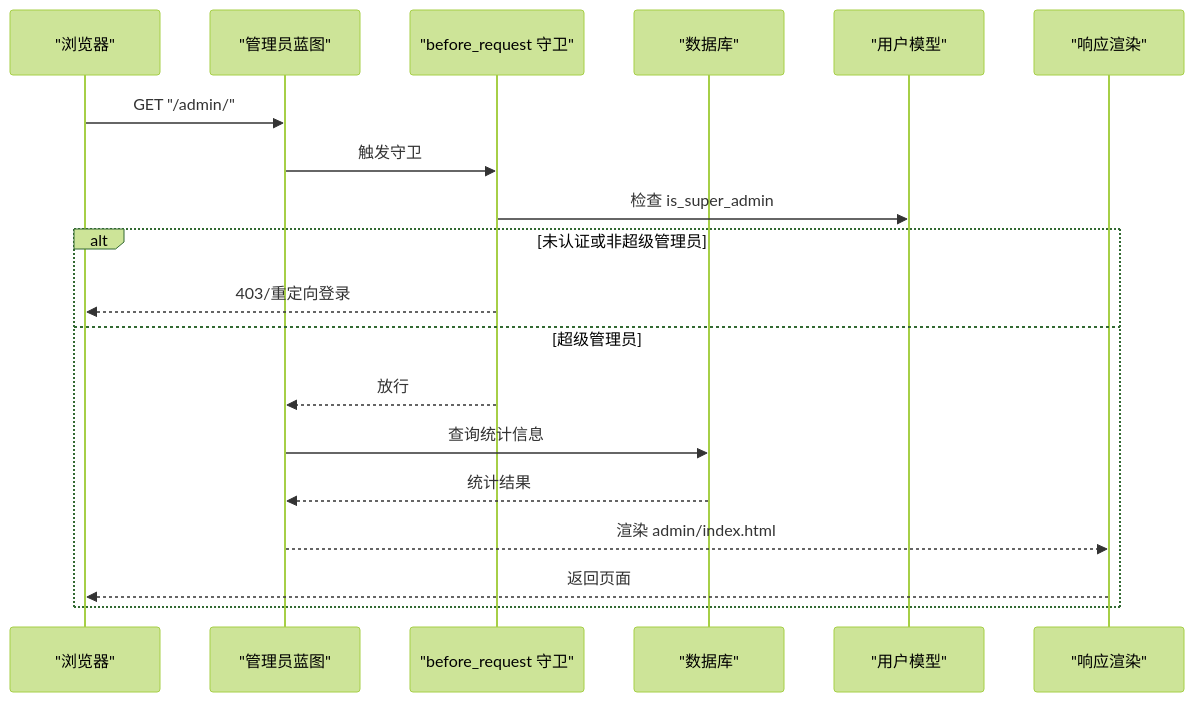
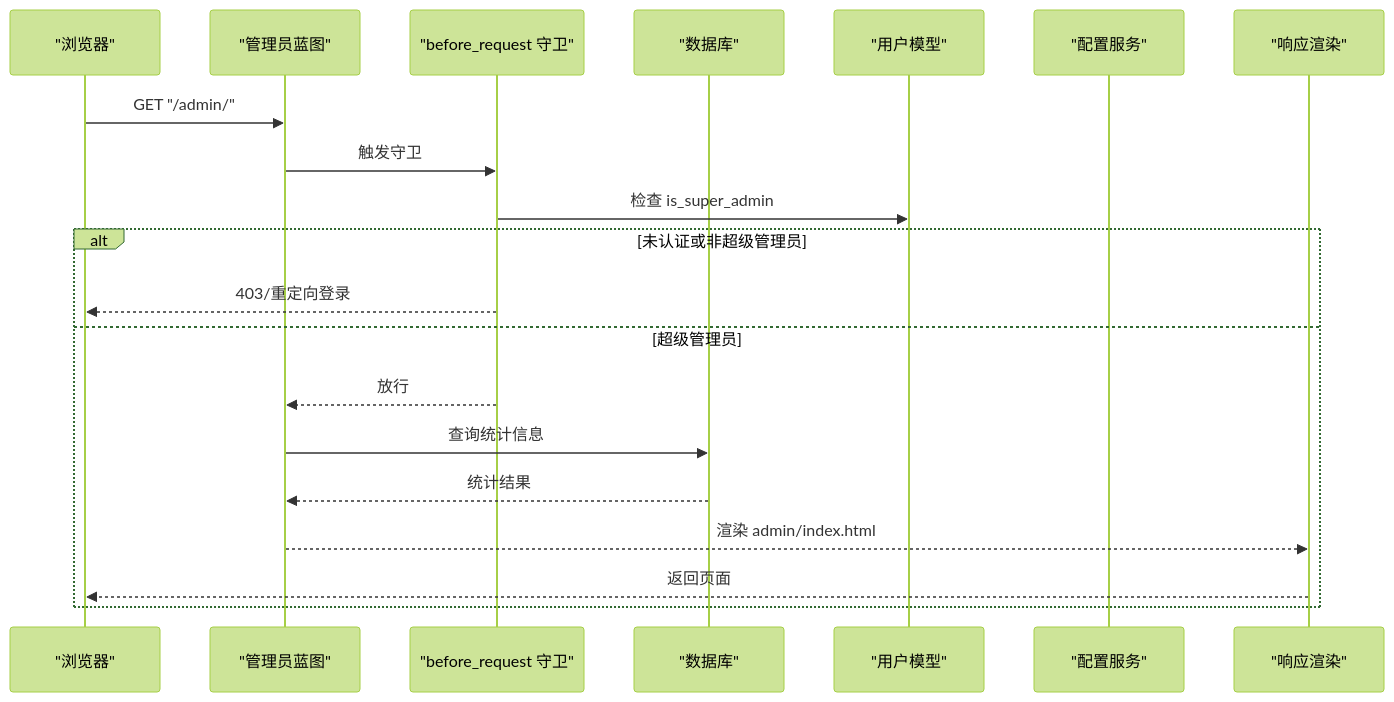
Before and after one commit to beyondalbert/my_wiki: the second of 9 diagrams in .qoder/repowiki/zh/content/架构设计/蓝图系统设计/管理员蓝图 (Admin Blueprint).md, drawn with Mermaid (forest theme). The commit also changed other lines of this file and 5 other files, not shown here.

````diff
--- a/.qoder/repowiki/zh/content/架构设计/蓝图系统设计/管理员蓝图 (Admin Blueprint).md
+++ b/.qoder/repowiki/zh/content/架构设计/蓝图系统设计/管理员蓝图 (Admin Blueprint).md
@@ -147,21 +165,22 @@
 ```mermaid
 sequenceDiagram
 participant Client as "浏览器"
 participant AdminBP as "管理员蓝图"
 participant Guard as "before_request 守卫"
 participant DB as "数据库"
 participant UserM as "用户模型"
+participant ConfigS as "配置服务"
 participant Resp as "响应渲染"
 Client->>AdminBP : GET "/admin/"
 AdminBP->>Guard : 触发守卫
 Guard->>UserM : 检查 is_super_admin
 alt 未认证或非超级管理员
 Guard-->>Client : 403/重定向登录
 else 超级管理员
 Guard-->>AdminBP : 放行
 AdminBP->>DB : 查询统计信息
 DB-->>AdminBP : 统计结果
 AdminBP-->>Resp : 渲染 admin/index.html
 Resp-->>Client : 返回页面
 end
 ```
````
